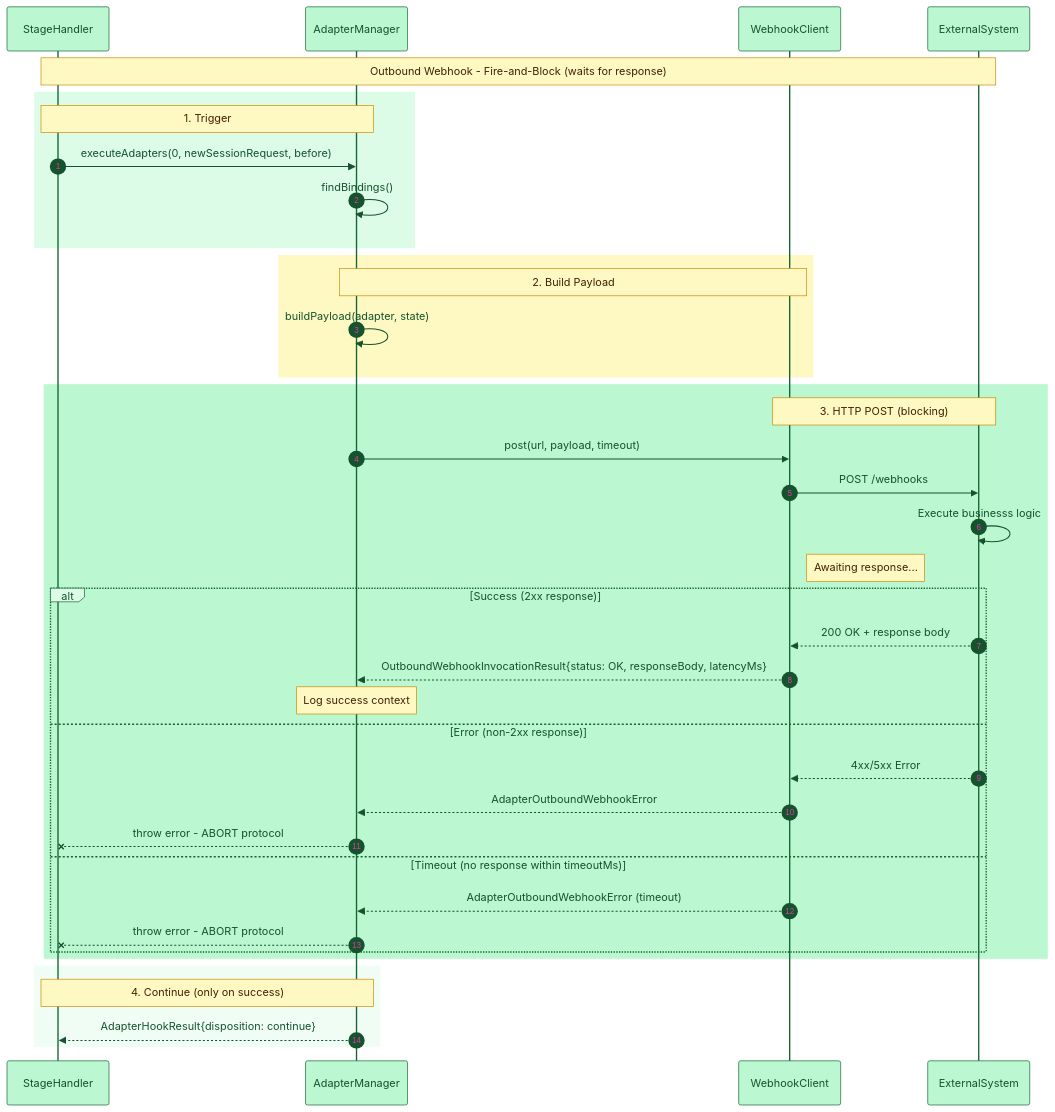
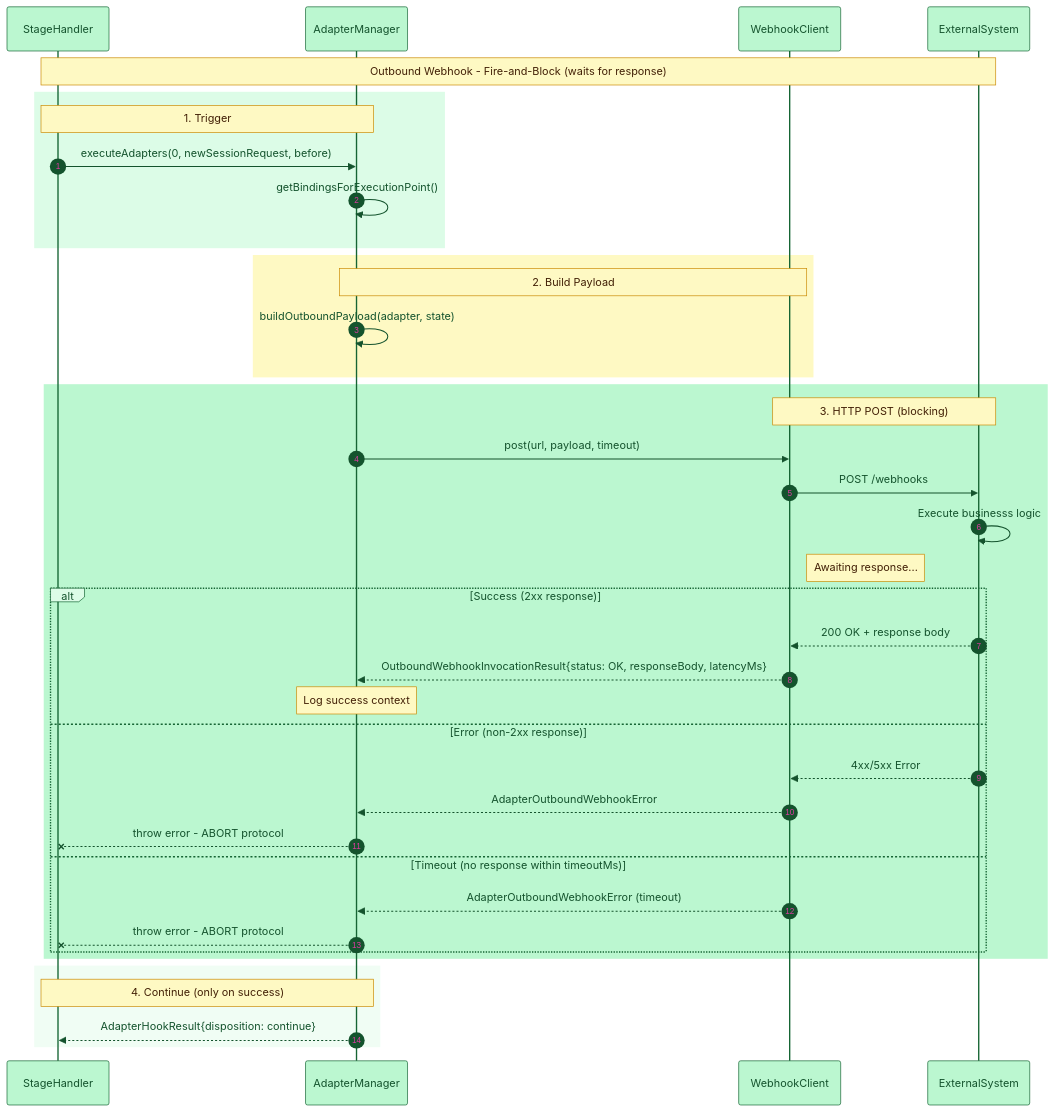
Before and after one commit to RafaelAPB/blockchain-integration-framework: the diagram in packages/cactus-plugin-satp-hermes/docs/diagrams/adapter-outbound-webhook-flow.mmd, drawn with Mermaid. The commit also changed 7 other files, not shown here.

Commit message:
docs(satp-hermes): adapter diagrams

```diff
--- a/packages/cactus-plugin-satp-hermes/docs/diagrams/adapter-outbound-webhook-flow.mmd
+++ b/packages/cactus-plugin-satp-hermes/docs/diagrams/adapter-outbound-webhook-flow.mmd
@@ -1,47 +1,47 @@
 %%{init: {'theme':'base', 'themeVariables': { 'fontSize':'14px', 'fontFamily':'Segoe UI, system-ui, sans-serif', 'primaryColor':'#86efac','primaryTextColor':'#14532d','primaryBorderColor':'#166534','lineColor':'#22c55e','secondaryColor':'#dcfce7','tertiaryColor':'#f0fdf4', 'actorTextColor':'#14532d', 'actorBkg':'#bbf7d0', 'actorBorder':'#166534', 'signalColor':'#14532d', 'signalTextColor':'#14532d', 'noteBkgColor':'#fef9c3', 'noteTextColor':'#422006', 'noteBorderColor':'#ca8a04', 'labelBoxBkgColor':'#dcfce7', 'labelTextColor':'#14532d'}}}%%
 
 sequenceDiagram
     autonumber
     participant SH as StageHandler
     participant AM as AdapterManager
     participant WC as WebhookClient
     participant EX as ExternalSystem
 
     Note over SH,EX: Outbound Webhook - Fire-and-Block (waits for response)
 
     rect rgb(220, 252, 231)
         Note over SH,AM: 1. Trigger
         SH->>AM: executeAdapters(0, newSessionRequest, before)
-        AM->>AM: findBindings()
+        AM->>AM: getBindingsForExecutionPoint()
     end
 
     rect rgb(254, 249, 195)
         Note over AM,WC: 2. Build Payload
-        AM->>AM: buildPayload(adapter, state)
+        AM->>AM: buildOutboundPayload(adapter, state)
     end
 
     rect rgb(187, 247, 208)
         Note over WC,EX: 3. HTTP POST (blocking)
         AM->>WC: post(url, payload, timeout)
         WC->>EX: POST /webhooks
         EX->>EX: Execute businesss logic
         Note right of WC: Awaiting response...
         
         alt Success (2xx response)
             EX-->>WC: 200 OK + response body
             WC-->>AM: OutboundWebhookInvocationResult{status: OK, responseBody, latencyMs}
             Note over AM: Log success context
         else Error (non-2xx response)
             EX-->>WC: 4xx/5xx Error
             WC-->>AM: AdapterOutboundWebhookError
             AM--xSH: throw error - ABORT protocol
         else Timeout (no response within timeoutMs)
             WC-->>AM: AdapterOutboundWebhookError (timeout)
             AM--xSH: throw error - ABORT protocol
         end
     end
 
     rect rgb(240, 253, 244)
         Note over AM,SH: 4. Continue (only on success)
         AM-->>SH: AdapterHookResult{disposition: continue}
     end
```
